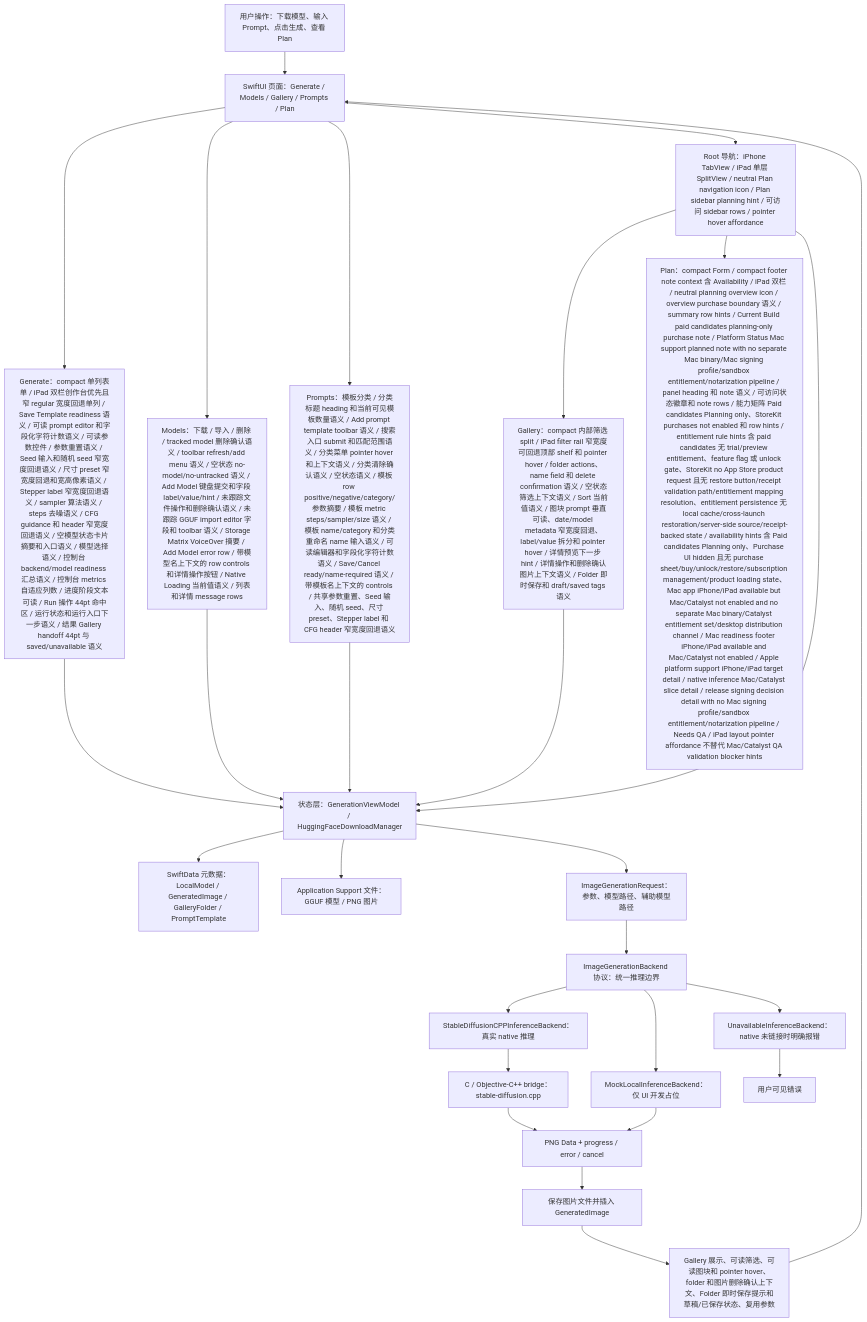
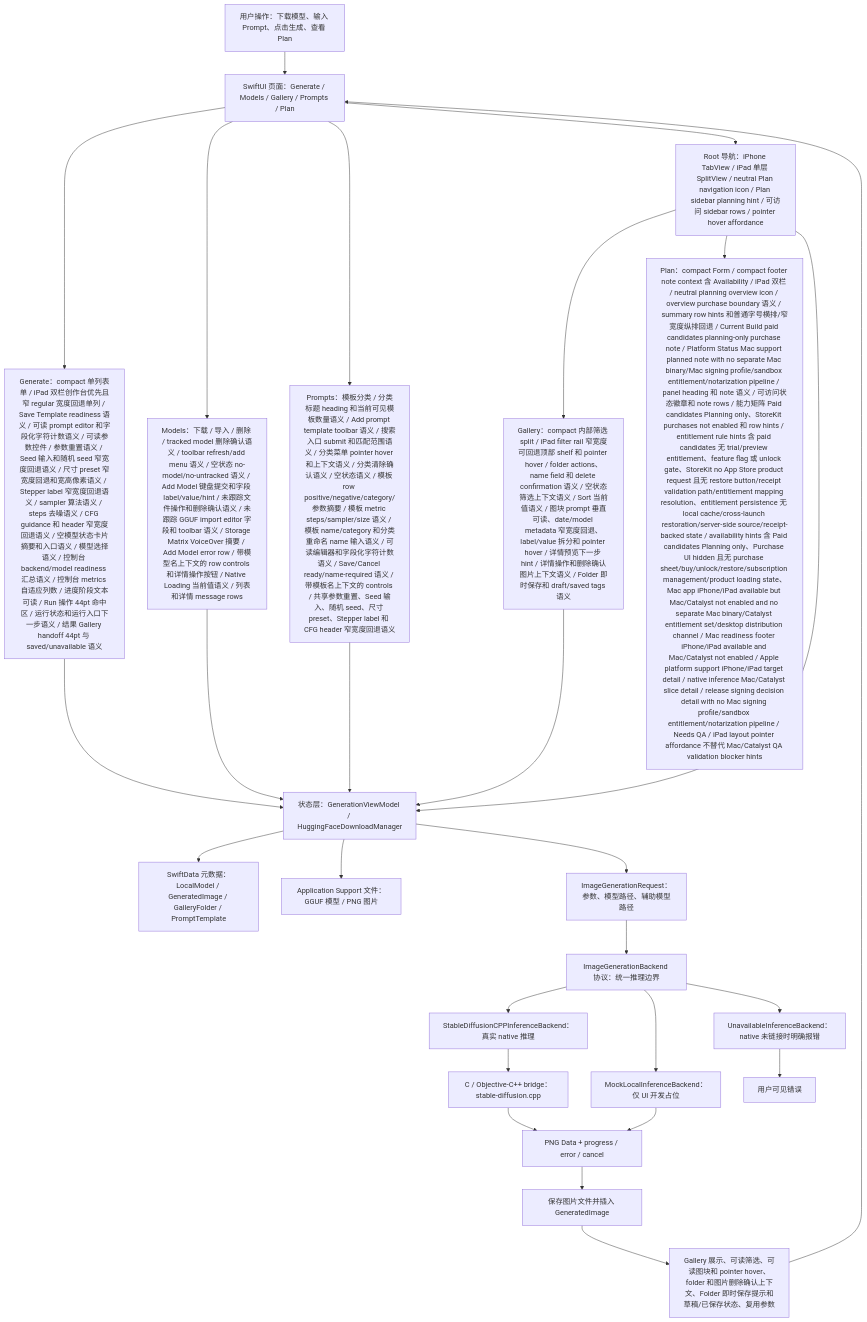
One commit to Altman-sam114/118 changed the first of 7 diagrams in md/flow/flowchart.md. Above: the diagram before and after it, drawn with Mermaid. The commit also changed 5 other files, not shown here.

First line of the commit message:
v1.132: Plan status summary fallback

````diff
--- a/md/flow/flowchart.md
+++ b/md/flow/flowchart.md
@@ -9,29 +9,29 @@
 ```mermaid
 flowchart TD
   U["用户操作：下载模型、输入 Prompt、点击生成、查看 Plan"] --> UI["SwiftUI 页面：Generate / Models / Gallery / Prompts / Plan"]
   UI --> GENUI["Generate：compact 单列表单 / iPad 双栏创作台优先且窄 regular 宽度回退单列 / Save Template readiness 语义 / 可读 prompt editor 和字段化字符计数语义 / 可读参数控件 / 参数重置语义 / Seed 输入和随机 seed 窄宽度回退语义 / 尺寸 preset 窄宽度回退和宽高像素语义 / Stepper label 窄宽度回退语义 / sampler 算法语义 / steps 去噪语义 / CFG guidance 和 header 窄宽度回退语义 / 空模型状态卡片摘要和入口语义 / 模型选择语义 / 控制台 backend/model readiness 汇总语义 / 控制台 metrics 自适应列数 / 进度阶段文本可读 / Run 操作 44pt 命中区 / 运行状态和运行入口下一步语义 / 结果 Gallery handoff 44pt 与 saved/unavailable 语义"]
   UI --> MODELUI["Models：下载 / 导入 / 删除 / tracked model 删除确认语义 / toolbar refresh/add menu 语义 / 空状态 no-model/no-untracked 语义 / Add Model 键盘提交和字段 label/value/hint / 未跟踪文件操作和删除确认语义 / 未跟踪 GGUF import editor 字段和 toolbar 语义 / Storage Matrix VoiceOver 摘要 / Add Model error row / 带模型名上下文的 row controls 和详情操作按钮 / Native Loading 当前值语义 / 列表和详情 message rows"]
   UI --> PROMPTUI["Prompts：模板分类 / 分类标题 heading 和当前可见模板数量语义 / Add prompt template toolbar 语义 / 搜索入口 submit 和匹配范围语义 / 分类菜单 pointer hover 和上下文语义 / 分类清除确认语义 / 空状态语义 / 模板 row positive/negative/category/参数摘要 / 模板 metric steps/sampler/size 语义 / 模板 name/category 和分类重命名 name 输入语义 / 可读编辑器和字段化字符计数语义 / Save/Cancel ready/name-required 语义 / 带模板名上下文的 controls / 共享参数重置、Seed 输入、随机 seed、尺寸 preset、Stepper label 和 CFG header 窄宽度回退语义"]
   UI --> NAV["Root 导航：iPhone TabView / iPad 单层 SplitView / neutral Plan navigation icon / Plan sidebar planning hint / 可访问 sidebar rows / pointer hover affordance"]
   NAV --> GALUI["Gallery：compact 内部筛选 split / iPad filter rail 窄宽度可回退顶部 shelf 和 pointer hover / folder actions、name field 和 delete confirmation 语义 / 空状态筛选上下文语义 / Sort 当前值语义 / 图块 prompt 垂直可读、date/model metadata 窄宽度回退、label/value 拆分和 pointer hover / 详情预览下一步 hint / 详情操作和删除确认图片上下文语义 / Folder 即时保存和 draft/saved tags 语义"]
-  NAV --> PLANUI["Plan：compact Form / compact footer note context 含 Availability / iPad 双栏 / neutral planning overview icon / overview purchase boundary 语义 / summary row hints / Current Build paid candidates planning-only purchase note / Platform Status Mac support planned note with no separate Mac binary/Mac signing profile/sandbox entitlement/notarization pipeline / panel heading 和 note 语义 / 可访问状态徽章和 note rows / 能力矩阵 Paid candidates Planning only、StoreKit purchases not enabled 和 row hints / entitlement rule hints 含 paid candidates 无 trial/preview entitlement、feature flag 或 unlock gate、StoreKit no App Store product request 且无 restore button/receipt validation path/entitlement mapping resolution、entitlement persistence 无 local cache/cross-launch restoration/server-side source/receipt-backed state / availability hints 含 Paid candidates Planning only、Purchase UI hidden 且无 purchase sheet/buy/unlock/restore/subscription management/product loading state、Mac app iPhone/iPad available but Mac/Catalyst not enabled and no separate Mac binary/Catalyst entitlement set/desktop distribution channel / Mac readiness footer iPhone/iPad available and Mac/Catalyst not enabled / Apple platform support iPhone/iPad target detail / native inference Mac/Catalyst slice detail / release signing decision detail with no Mac signing profile/sandbox entitlement/notarization pipeline / Needs QA / iPad layout pointer affordance 不替代 Mac/Catalyst QA validation blocker hints"]
+  NAV --> PLANUI["Plan：compact Form / compact footer note context 含 Availability / iPad 双栏 / neutral planning overview icon / overview purchase boundary 语义 / summary row hints 和普通字号横排/窄宽度纵排回退 / Current Build paid candidates planning-only purchase note / Platform Status Mac support planned note with no separate Mac binary/Mac signing profile/sandbox entitlement/notarization pipeline / panel heading 和 note 语义 / 可访问状态徽章和 note rows / 能力矩阵 Paid candidates Planning only、StoreKit purchases not enabled 和 row hints / entitlement rule hints 含 paid candidates 无 trial/preview entitlement、feature flag 或 unlock gate、StoreKit no App Store product request 且无 restore button/receipt validation path/entitlement mapping resolution、entitlement persistence 无 local cache/cross-launch restoration/server-side source/receipt-backed state / availability hints 含 Paid candidates Planning only、Purchase UI hidden 且无 purchase sheet/buy/unlock/restore/subscription management/product loading state、Mac app iPhone/iPad available but Mac/Catalyst not enabled and no separate Mac binary/Catalyst entitlement set/desktop distribution channel / Mac readiness footer iPhone/iPad available and Mac/Catalyst not enabled / Apple platform support iPhone/iPad target detail / native inference Mac/Catalyst slice detail / release signing decision detail with no Mac signing profile/sandbox entitlement/notarization pipeline / Needs QA / iPad layout pointer affordance 不替代 Mac/Catalyst QA validation blocker hints"]
   NAV --> VM["状态层：GenerationViewModel / HuggingFaceDownloadManager"]
   GENUI --> VM
   MODELUI --> VM
   PROMPTUI --> VM
   GALUI --> VM
   VM --> SD["SwiftData 元数据：LocalModel / GeneratedImage / GalleryFolder / PromptTemplate"]
   VM --> FS["Application Support 文件：GGUF 模型 / PNG 图片"]
   VM --> REQ["ImageGenerationRequest：参数、模型路径、辅助模型路径"]
   REQ --> IFACE["ImageGenerationBackend 协议：统一推理边界"]
   IFACE --> NATIVE["StableDiffusionCPPInferenceBackend：真实 native 推理"]
   IFACE --> MOCK["MockLocalInferenceBackend：仅 UI 开发占位"]
   IFACE --> OFF["UnavailableInferenceBackend：native 未链接时明确报错"]
   NATIVE --> BRIDGE["C / Objective-C++ bridge：stable-diffusion.cpp"]
   BRIDGE --> PNG["PNG Data + progress / error / cancel"]
   MOCK --> PNG
   OFF --> ERR["用户可见错误"]
   PNG --> SAVE["保存图片文件并插入 GeneratedImage"]
   SAVE --> GALLERY["Gallery 展示、可读筛选、可读图块和 pointer hover、folder 和图片删除确认上下文、Folder 即时保存提示和草稿/已保存状态、复用参数"]
   GALLERY --> UI
 ```
````
